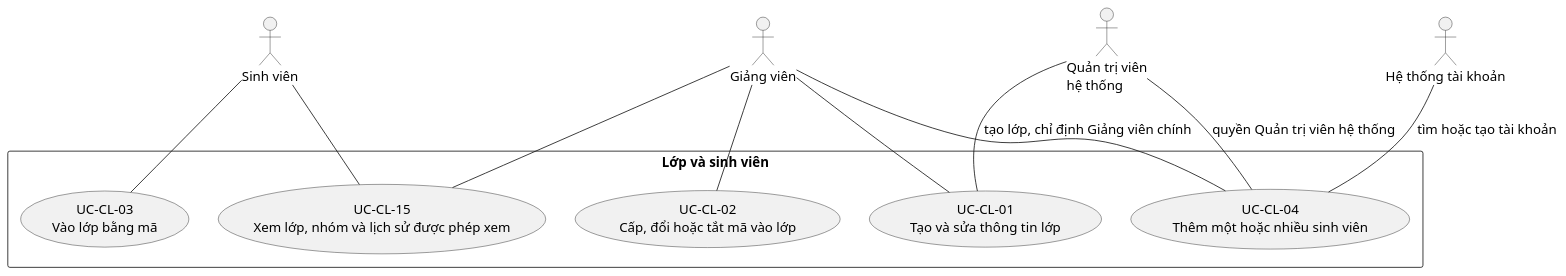
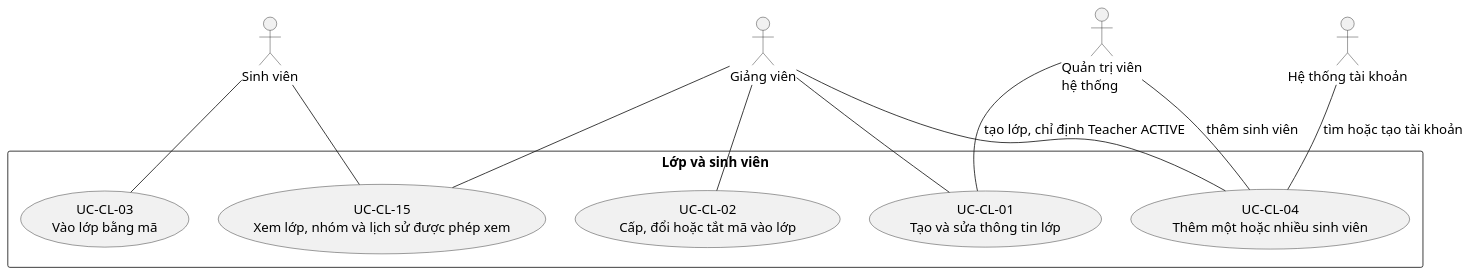
The second of 4 diagrams in docs/diagram/classroom-service/usecase.md (TriNguyenThanh/UTask), drawn with PlantUML before and after one commit. The commit also changed other lines of this file and 4 other files, not shown here.

````diff
--- a/docs/diagram/classroom-service/usecase.md
+++ b/docs/diagram/classroom-service/usecase.md
@@ -89,29 +93,29 @@
 ```plantuml
 @startuml
 top to bottom direction
 skinparam monochrome true
 skinparam shadowing false
 skinparam defaultFontName Arial, sans-serif
 skinparam defaultFontSize 16
 actor "Sinh viên" as SV
 actor "Giảng viên" as GV
 actor "Quản trị viên\nhệ thống" as QT
 actor "Hệ thống tài khoản" as ID
 rectangle "Lớp và sinh viên" {
   usecase "UC-CL-01\nTạo và sửa thông tin lớp" as UC01
   usecase "UC-CL-02\nCấp, đổi hoặc tắt mã vào lớp" as UC02
   usecase "UC-CL-03\nVào lớp bằng mã" as UC03
   usecase "UC-CL-04\nThêm một hoặc nhiều sinh viên" as UC04
   usecase "UC-CL-15\nXem lớp, nhóm và lịch sử được phép xem" as UC15
 }
 GV -- UC01
-QT -- UC01 : tạo lớp, chỉ định Giảng viên chính
+QT -- UC01 : tạo lớp, chỉ định Teacher ACTIVE
 GV -- UC02
 SV -- UC03
 GV -- UC04
-QT -- UC04 : quyền Quản trị viên hệ thống
+QT -- UC04 : thêm sinh viên
 ID -- UC04 : tìm hoặc tạo tài khoản
 SV -- UC15
 GV -- UC15
 @enduml
 ```
````
